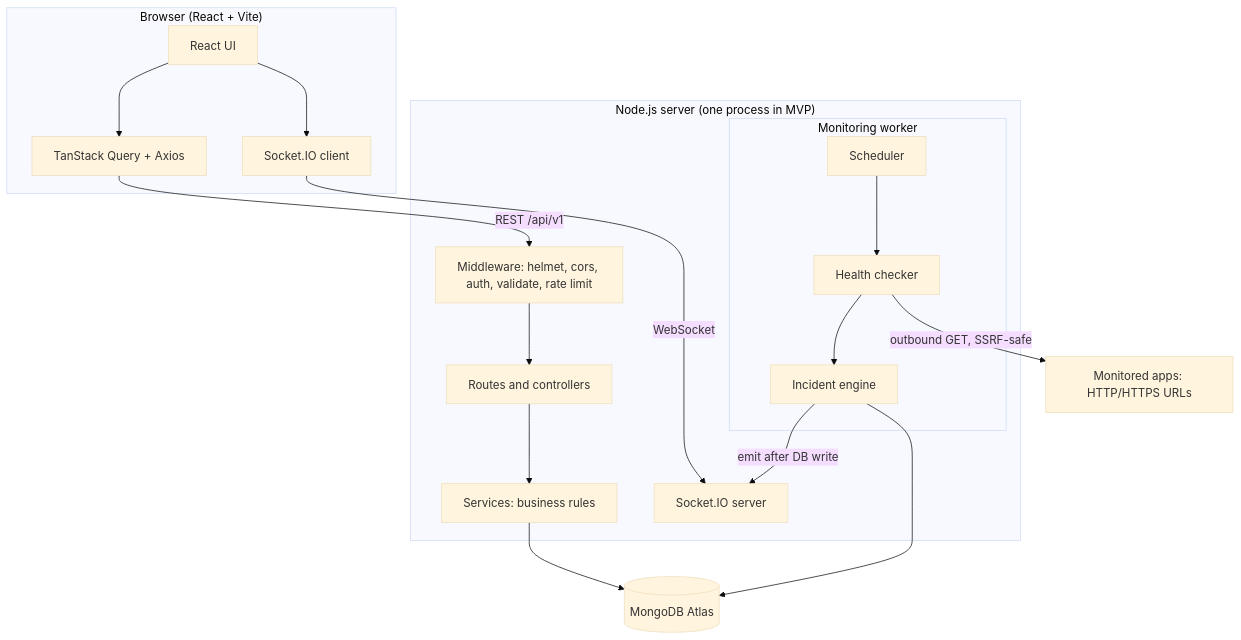
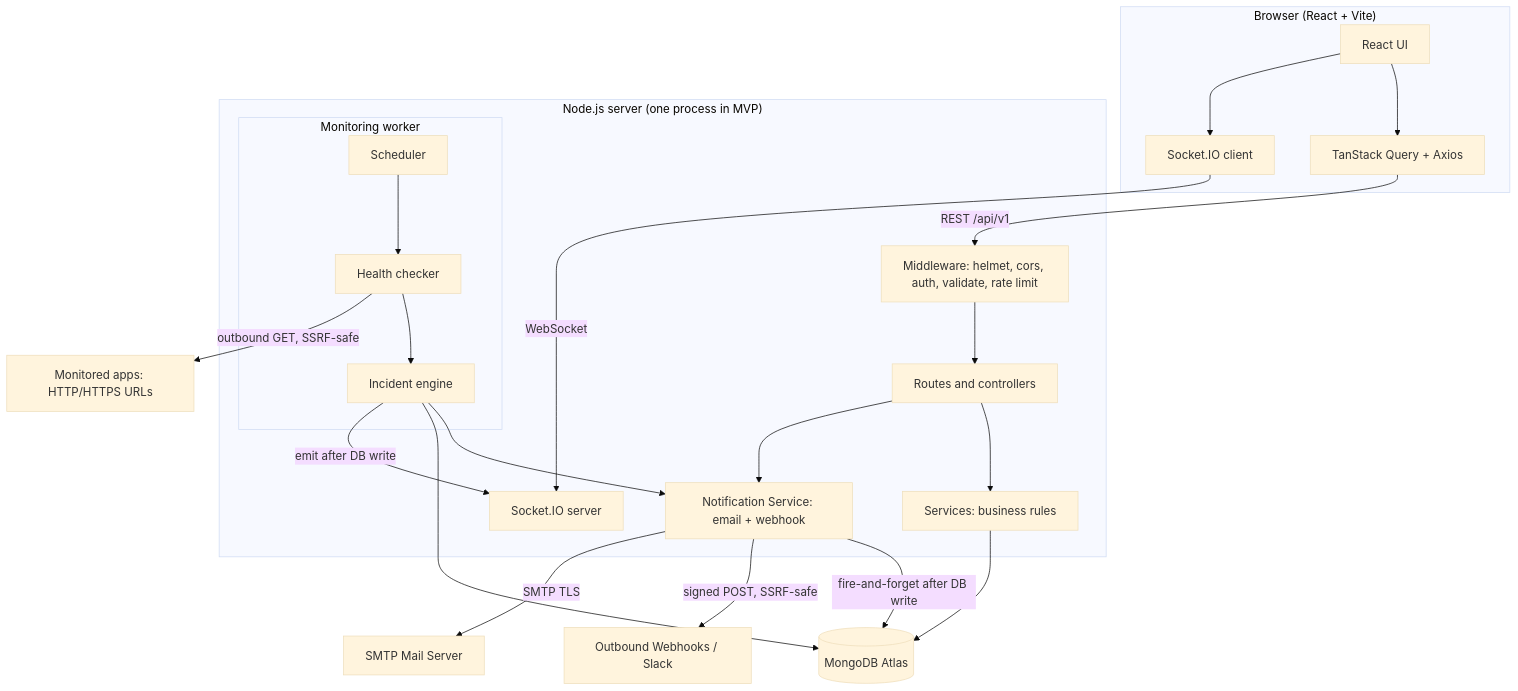
One commit to gaurav27-kit/DevOpsPulse changed the first of 2 diagrams in ARCHITECTURE.md. Above: the diagram before and after it, drawn with Mermaid (base theme). The commit also changed other lines of this file and 161 other files, not shown here.

````diff
--- a/ARCHITECTURE.md
+++ b/ARCHITECTURE.md
@@ -7,26 +7,34 @@
 ```mermaid
 flowchart TD
   subgraph Browser["Browser (React + Vite)"]
     UI[React UI] --> TQ[TanStack Query + Axios]
     UI --> SC[Socket.IO client]
   end
   subgraph Server["Node.js server (one process in MVP)"]
     MW[Middleware: helmet, cors, auth, validate, rate limit]
     CT[Routes and controllers]
     SV[Services: business rules]
     SIO[Socket.IO server]
     subgraph Worker["Monitoring worker"]
       SCH[Scheduler] --> HC[Health checker] --> INC[Incident engine]
     end
+    NS[Notification Service: email + webhook]
     MW --> CT --> SV
+    INC --> NS
+    CT --> NS
   end
   DB[(MongoDB Atlas)]
   EXT[Monitored apps: HTTP/HTTPS URLs]
+  HOOK[Outbound Webhooks / Slack]
+  SMTP[SMTP Mail Server]
 
   TQ -- "REST /api/v1" --> MW
   SC -- "WebSocket" --> SIO
   SV --> DB
   INC --> DB
   HC -- "outbound GET, SSRF-safe" --> EXT
   INC -- "emit after DB write" --> SIO
+  NS -- "fire-and-forget after DB write" --> DB
+  NS -- "signed POST, SSRF-safe" --> HOOK
+  NS -- "SMTP TLS" --> SMTP
 ```
````
